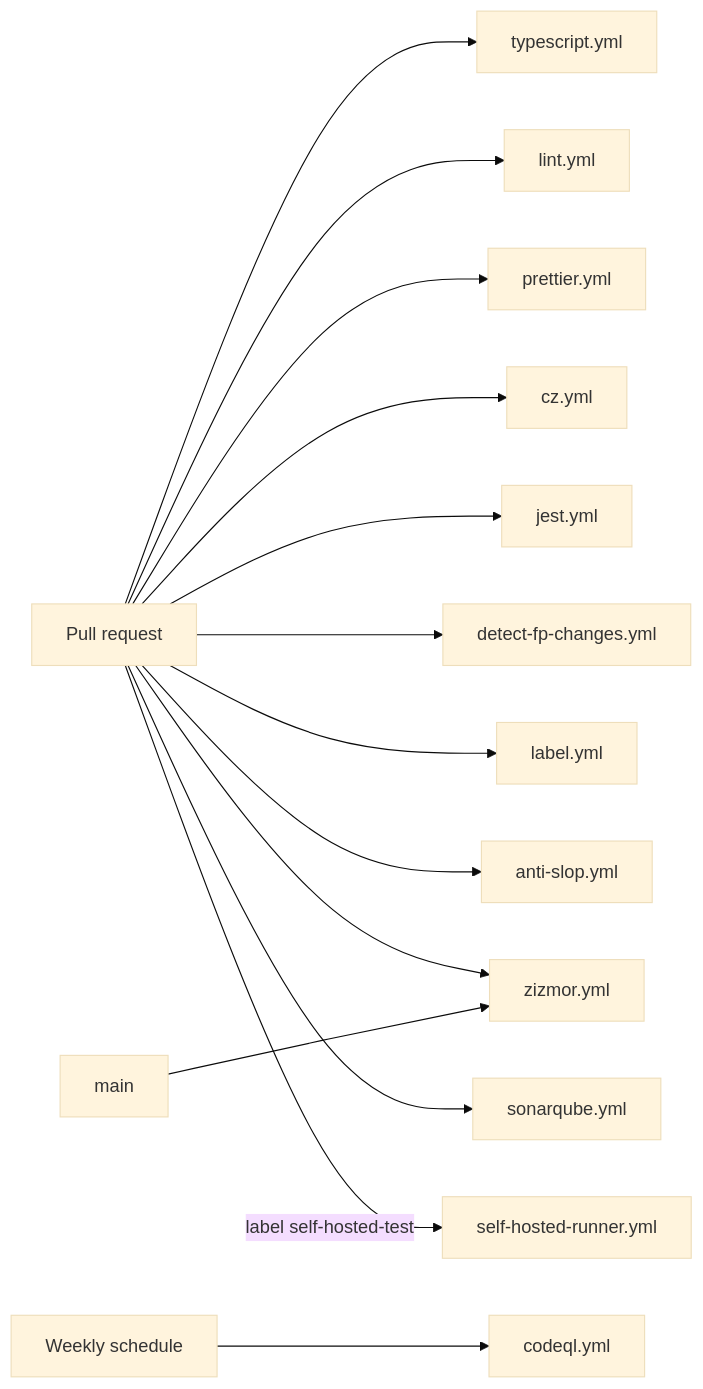
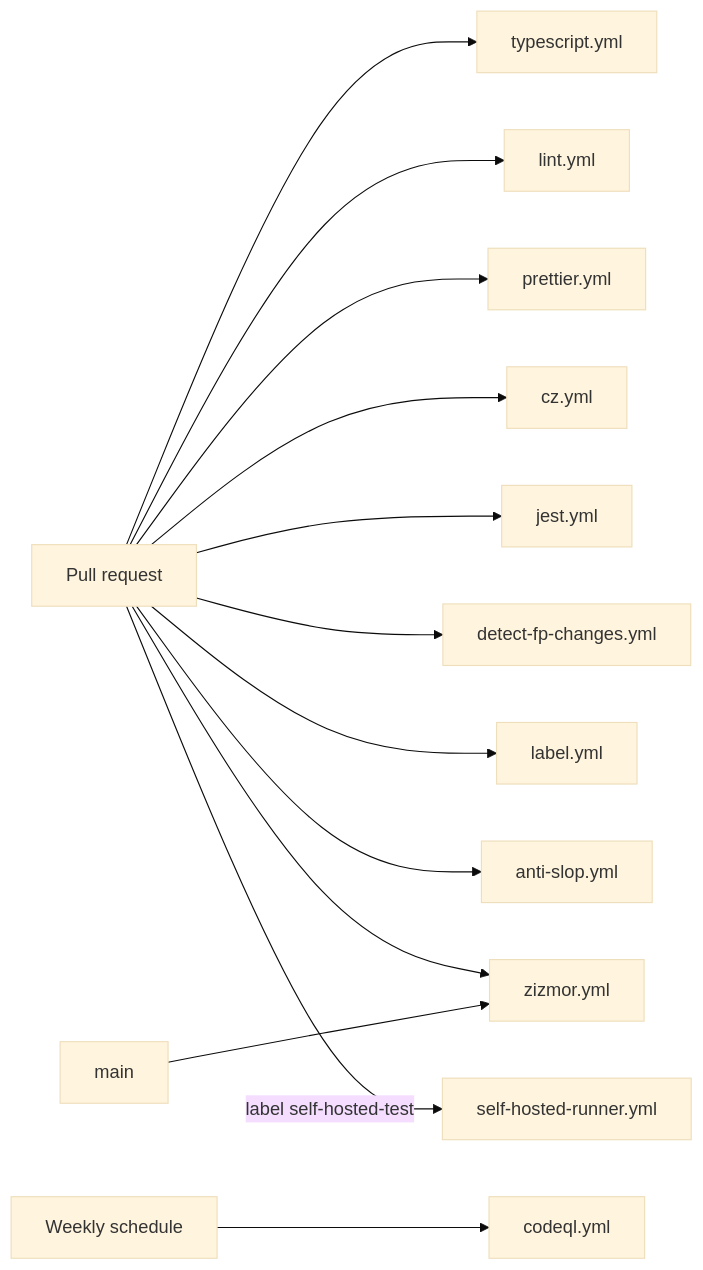
The first of 4 diagrams in README.md (luke-h1/foam), drawn with Mermaid (base theme) before and after one commit. The commit also changed other lines of this file and 89 other files, not shown here.

````diff
--- a/README.md
+++ b/README.md
@@ -459,16 +458,15 @@
 ```mermaid
 flowchart LR
   PR[Pull request] --> TS[typescript.yml]
   PR --> Lint[lint.yml]
   PR --> Prettier[prettier.yml]
   PR --> CZ[cz.yml]
   PR --> Jest[jest.yml]
   PR --> FP[detect-fp-changes.yml]
   PR --> Label[label.yml]
   PR --> Slop[anti-slop.yml]
   PR --> Zizmor[zizmor.yml]
-  PR --> Sonar[sonarqube.yml]
   PR -->|label self-hosted-test| SH[self-hosted-runner.yml]
   Main[main] --> Zizmor
   Schedule[Weekly schedule] --> CodeQL[codeql.yml]
 ```
````
